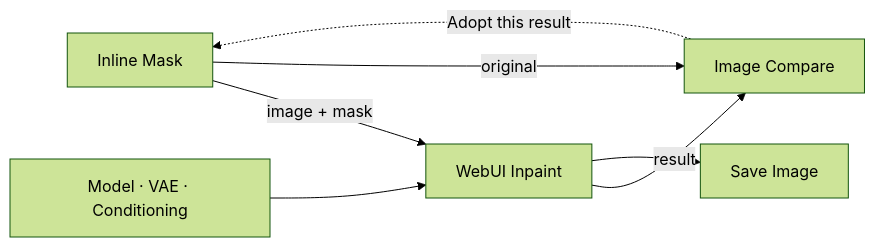
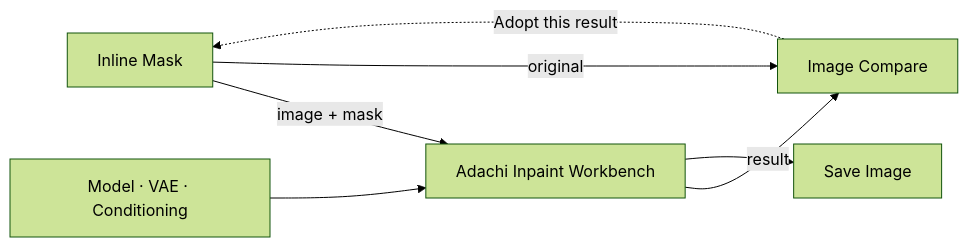
Before and after one commit to adachi0130/Adachi-Inpaint-Workbench: the diagram in README.md, drawn with Mermaid (forest theme). The commit also changed other lines of this file and 10 other files, not shown here.

Commit message:
Rename inpaint node to Adachi Inpaint Workbench

````diff
--- a/README.md
+++ b/README.md
@@ -159,9 +159,9 @@
 ```mermaid
 flowchart LR
-    Source[Inline Mask] -->|image + mask| Inpaint[WebUI Inpaint]
+    Source[Inline Mask] -->|image + mask| Inpaint[Adachi Inpaint Workbench]
     Inputs[Model · VAE · Conditioning] --> Inpaint
     Source -->|original| Compare[Image Compare]
     Inpaint -->|result| Compare
     Inpaint --> Save[Save Image]
     Compare -. Adopt this result .-> Source
 ```
````
